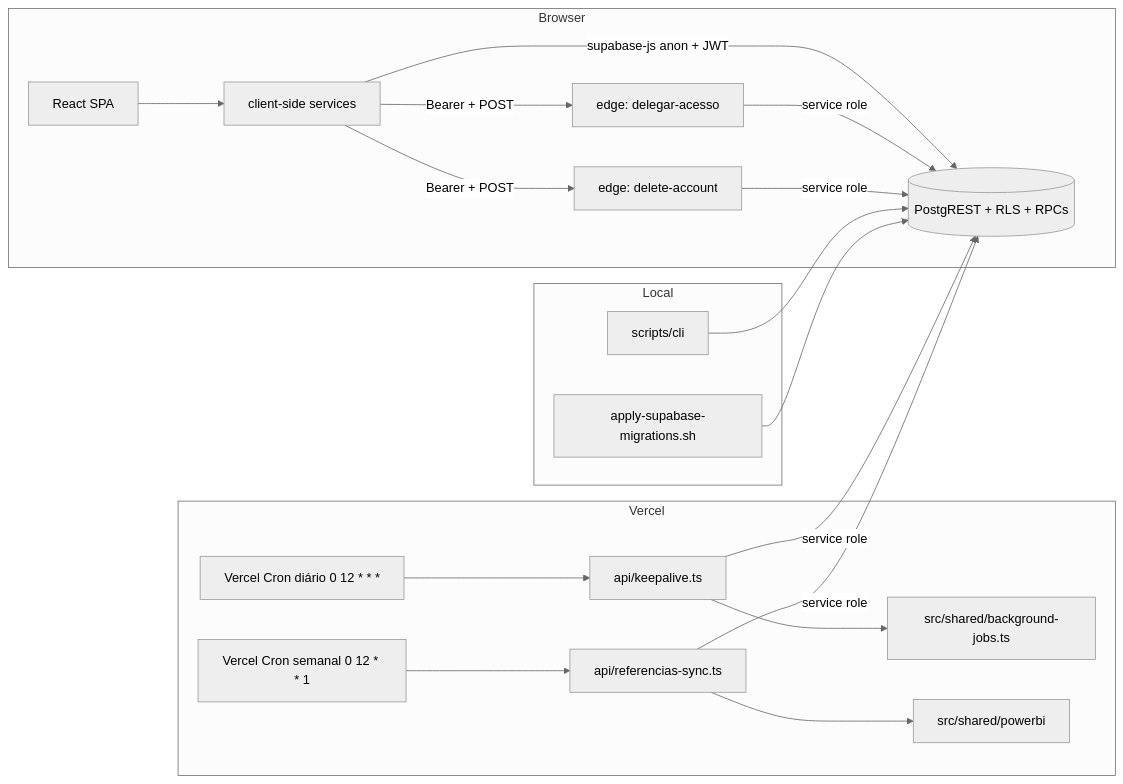
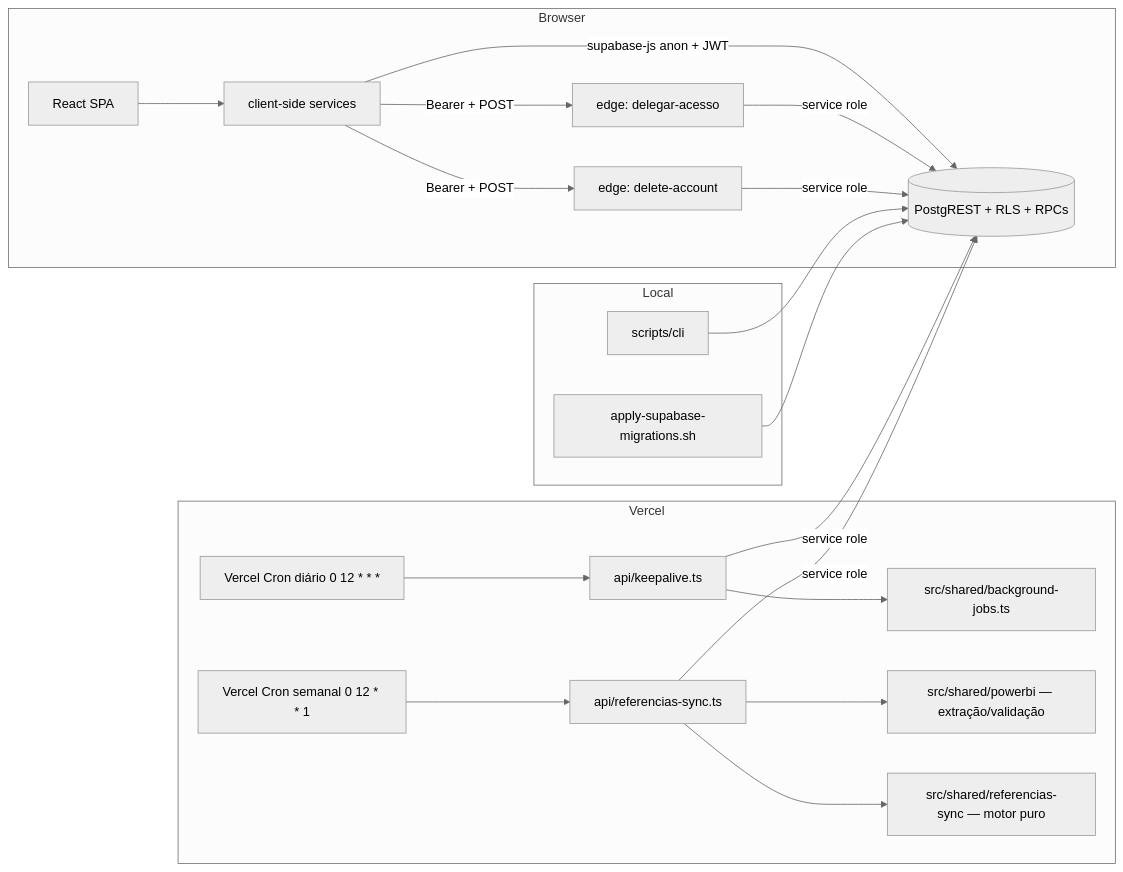
Before and after one commit to lucasmm96/meufenil: the diagram in .ai/specs/current/backend/overview.md, drawn with Mermaid (neutral theme). The commit also changed other lines of this file and 4 other files, not shown here.

````diff
--- a/.ai/specs/current/backend/overview.md
+++ b/.ai/specs/current/backend/overview.md
@@ -31,23 +32,24 @@
 ```mermaid
 flowchart LR
     subgraph Browser
         UI[React SPA] --> SVC[client-side services]
         SVC -->|supabase-js anon + JWT| PG[(PostgREST + RLS + RPCs)]
         SVC -->|Bearer + POST| ED1[edge: delegar-acesso]
         SVC -->|Bearer + POST| ED2[edge: delete-account]
     end
     subgraph Vercel
         CRON[Vercel Cron diário 0 12 * * *] --> KEEP[api/keepalive.ts]
         KEEP --> BGJ[src/shared/background-jobs.ts]
         CRONW[Vercel Cron semanal 0 12 * * 1] --> SYNC[api/referencias-sync.ts]
-        SYNC --> PBI[src/shared/powerbi]
+        SYNC --> PBI[src/shared/powerbi — extração/validação]
+        SYNC --> MOT[src/shared/referencias-sync — motor puro]
     end
     KEEP -->|service role| PG
     SYNC -->|service role| PG
     ED1 -->|service role| PG
     ED2 -->|service role| PG
     subgraph Local
         CLI[scripts/cli] --> PG
         MIG[apply-supabase-migrations.sh] --> PG
     end
 ```
````
